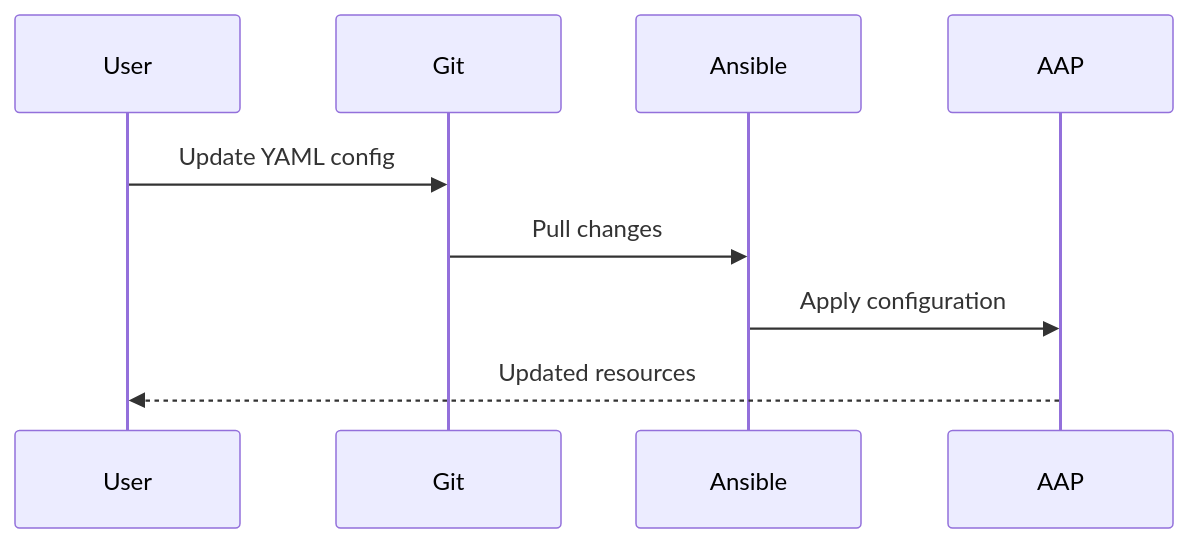
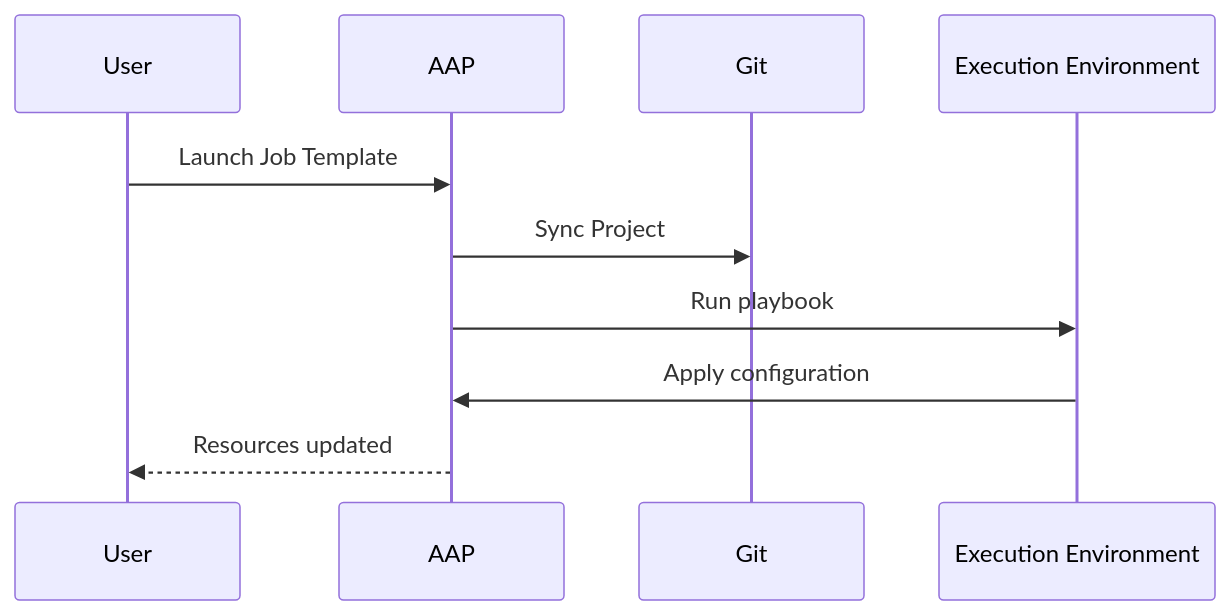
The second of 2 diagrams in README.md (taiseerhussein/import-config), drawn with Mermaid before and after one commit. The commit also changed other lines of this file, not shown here.

````diff
--- a/README.md
+++ b/README.md
@@ -234,12 +249,13 @@
 ```mermaid
 sequenceDiagram
     participant User
+    participant AAP
     participant Git
-    participant Ansible
-    participant AAP
+    participant EE as Execution Environment
 
-    User->>Git: Update YAML config
-    Git->>Ansible: Pull changes
-    Ansible->>AAP: Apply configuration
-    AAP-->>User: Updated resources
+    User->>AAP: Launch Job Template
+    AAP->>Git: Sync Project
+    AAP->>EE: Run playbook
+    EE->>AAP: Apply configuration
+    AAP-->>User: Resources updated
 ```
````
